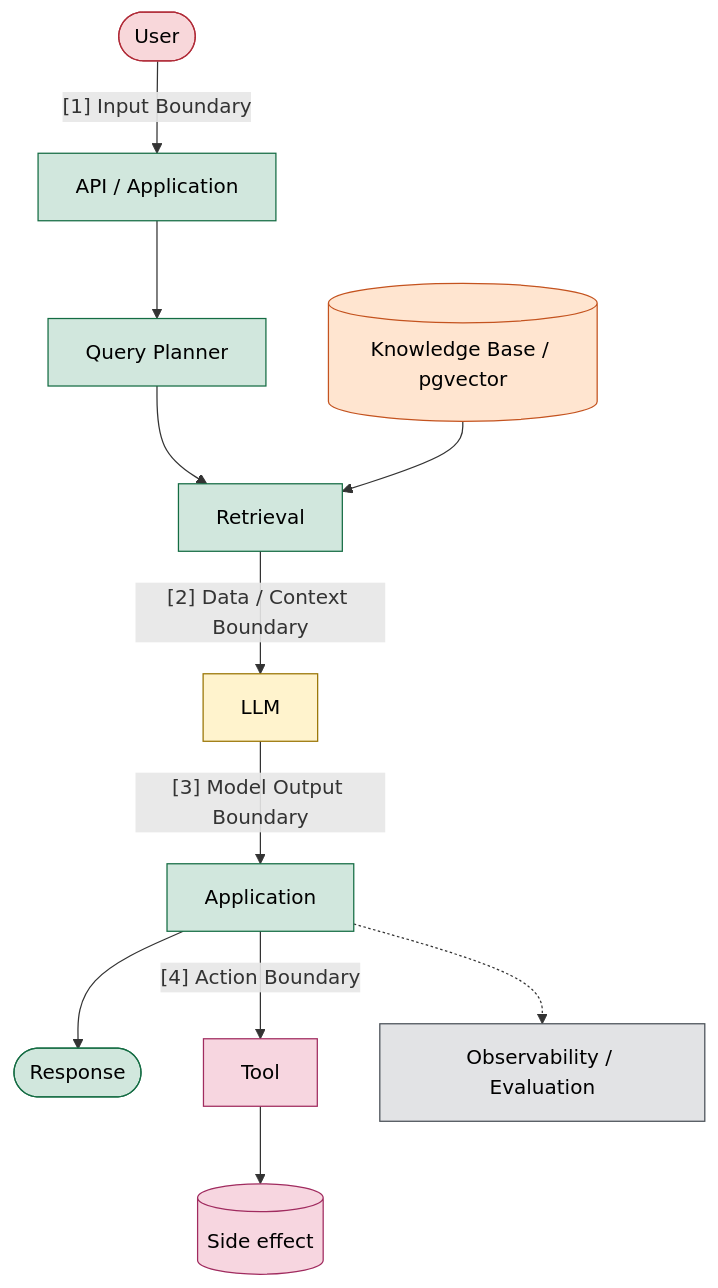
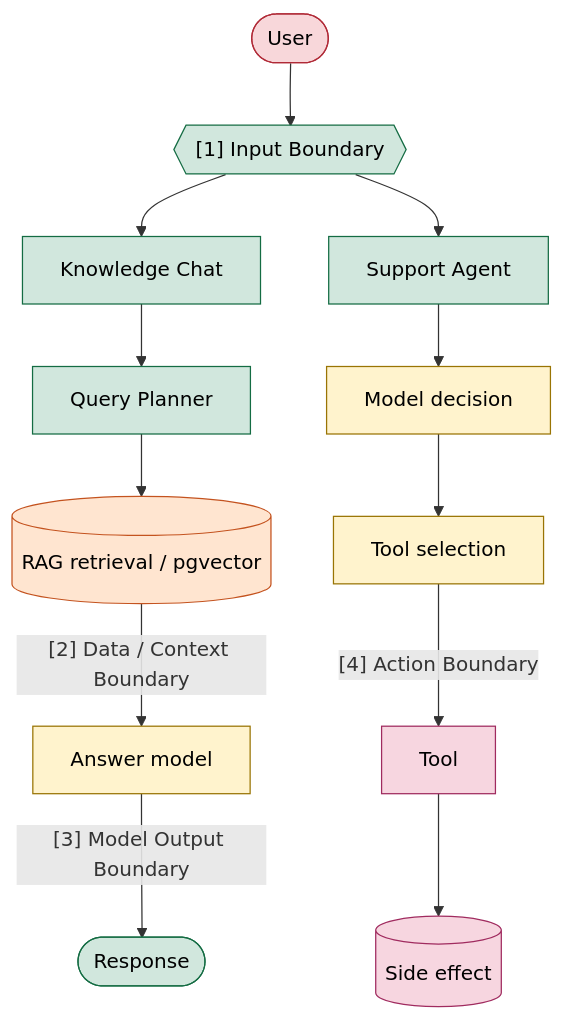
One commit to james-freitas/mba-ia-rag-fullcycle changed the first of 3 diagrams in docs/security-threat-model.md. Above: the diagram before and after it, drawn with Mermaid. The commit also changed other lines of this file and 4 other files, not shown here.

````diff
--- a/docs/security-threat-model.md
+++ b/docs/security-threat-model.md
@@ -33,32 +36,34 @@
 ```mermaid
 flowchart TB
     User([User]):::untrusted
-    App1[API / Application]:::trusted
+    Input{{"[1] Input Boundary"}}:::trusted
+
+    KC[Knowledge Chat]:::trusted
     Planner[Query Planner]:::trusted
-    Retrieval[Retrieval]:::trusted
-    KB[(Knowledge Base / pgvector)]:::retrieved
-    LLM[LLM]:::model
-    App2[Application]:::trusted
+    RAG[(RAG retrieval / pgvector)]:::retrieved
+    LLM[Answer model]:::model
     Response([Response]):::trusted
+
+    Agent[Support Agent]:::trusted
+    Decision[Model decision]:::model
+    Sel[Tool selection]:::model
     Tool[Tool]:::action
     Effect[(Side effect)]:::action
-    Obs[Observability / Evaluation]:::external
 
-    User -->|"[1] Input Boundary"| App1
-    App1 --> Planner
-    Planner --> Retrieval
-    KB --> Retrieval
-    Retrieval -->|"[2] Data / Context Boundary"| LLM
-    LLM -->|"[3] Model Output Boundary"| App2
-    App2 --> Response
-    App2 -->|"[4] Action Boundary"| Tool
-    Tool --> Effect
-    App2 -.-> Obs
+    User --> Input
+    Input --> KC
+    Input --> Agent
+
+    KC --> Planner --> RAG
+    RAG -->|"[2] Data / Context Boundary"| LLM
+    LLM -->|"[3] Model Output Boundary"| Response
+
+    Agent --> Decision --> Sel
+    Sel -->|"[4] Action Boundary"| Tool --> Effect
 
     classDef untrusted fill:#f8d7da,stroke:#b02a37,color:#000;
     classDef trusted fill:#d1e7dd,stroke:#146c43,color:#000;
     classDef retrieved fill:#ffe5d0,stroke:#c4531f,color:#000;
     classDef model fill:#fff3cd,stroke:#997404,color:#000;
     classDef action fill:#f7d6e0,stroke:#a02b5f,color:#000;
-    classDef external fill:#e2e3e5,stroke:#495057,color:#000;
 ```
````
